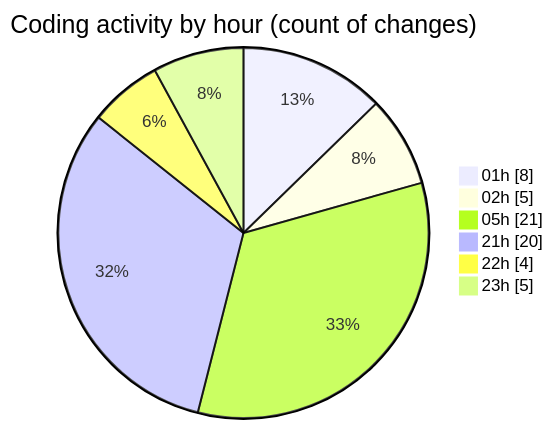
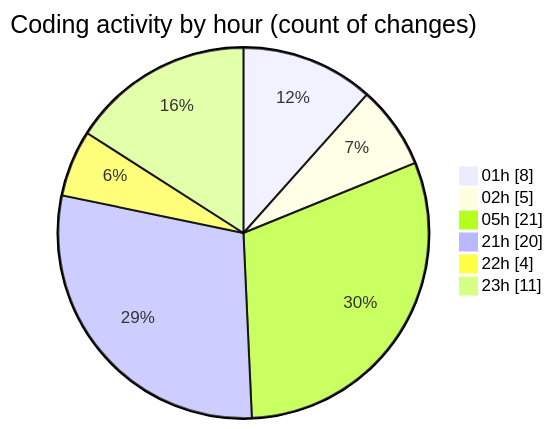
The second of 2 diagrams in 2025-11-21/eventscop-api-guide__workspace_/README.md (julien-gomy/code-tracking), drawn with Mermaid before and after one commit. The commit also changed other lines of this file and 1 other file, not shown here.

````diff
--- a/2025-11-21/eventscop-api-guide__workspace_/README.md
+++ b/2025-11-21/eventscop-api-guide__workspace_/README.md
@@ -48,10 +48,10 @@
 ```mermaid
 pie showData
 title Coding activity by hour (count of changes)
 "01h" : 8
 "02h" : 5
 "05h" : 21
 "21h" : 20
 "22h" : 4
-"23h" : 5
+"23h" : 11
 ```
````
